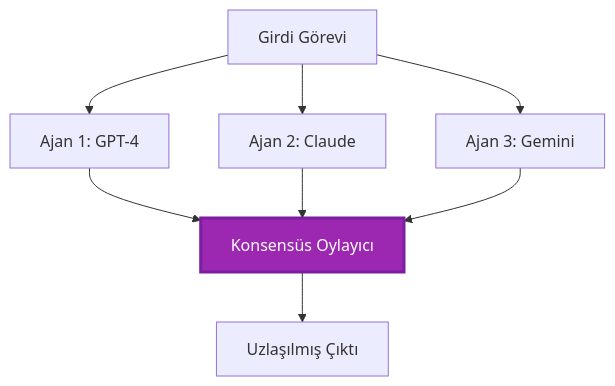
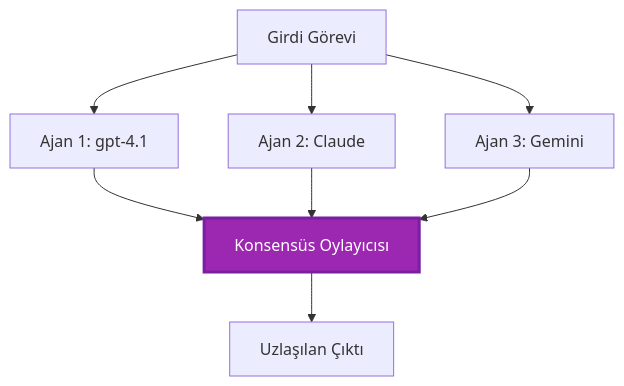
Before and after one commit to microsoft/AZD-for-beginners: the fifth of 6 diagrams in translations/tr/docs/chapter-06-pre-deployment/coordination-patterns.md, drawn with Mermaid. The commit also changed other lines of this file and 101 other files, not shown here.

````diff
--- a/translations/tr/docs/chapter-06-pre-deployment/coordination-patterns.md
+++ b/translations/tr/docs/chapter-06-pre-deployment/coordination-patterns.md
@@ -231,19 +225,19 @@
 ```mermaid
 graph TB
     Input[Girdi Görevi]
-    Agent1[Ajan 1: GPT-4]
+    Agent1[Ajan 1: gpt-4.1]
     Agent2[Ajan 2: Claude]
     Agent3[Ajan 3: Gemini]
-    Voter[Konsensüs Oylayıcı]
-    Output[Uzlaşılmış Çıktı]
+    Voter[Konsensüs Oylayıcısı]
+    Output[Uzlaşılan Çıktı]
     
     Input --> Agent1
     Input --> Agent2
     Input --> Agent3
     Agent1 --> Voter
     Agent2 --> Voter
     Agent3 --> Voter
     Voter --> Output
     
     style Voter fill:#9C27B0,stroke:#7B1FA2,stroke-width:3px,color:#fff
 ```
````
